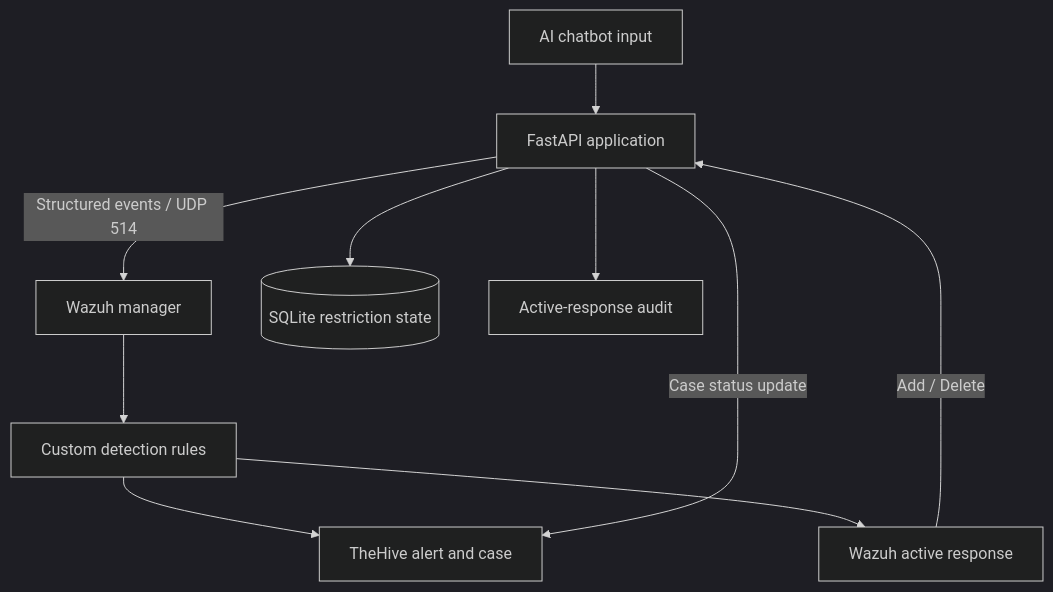
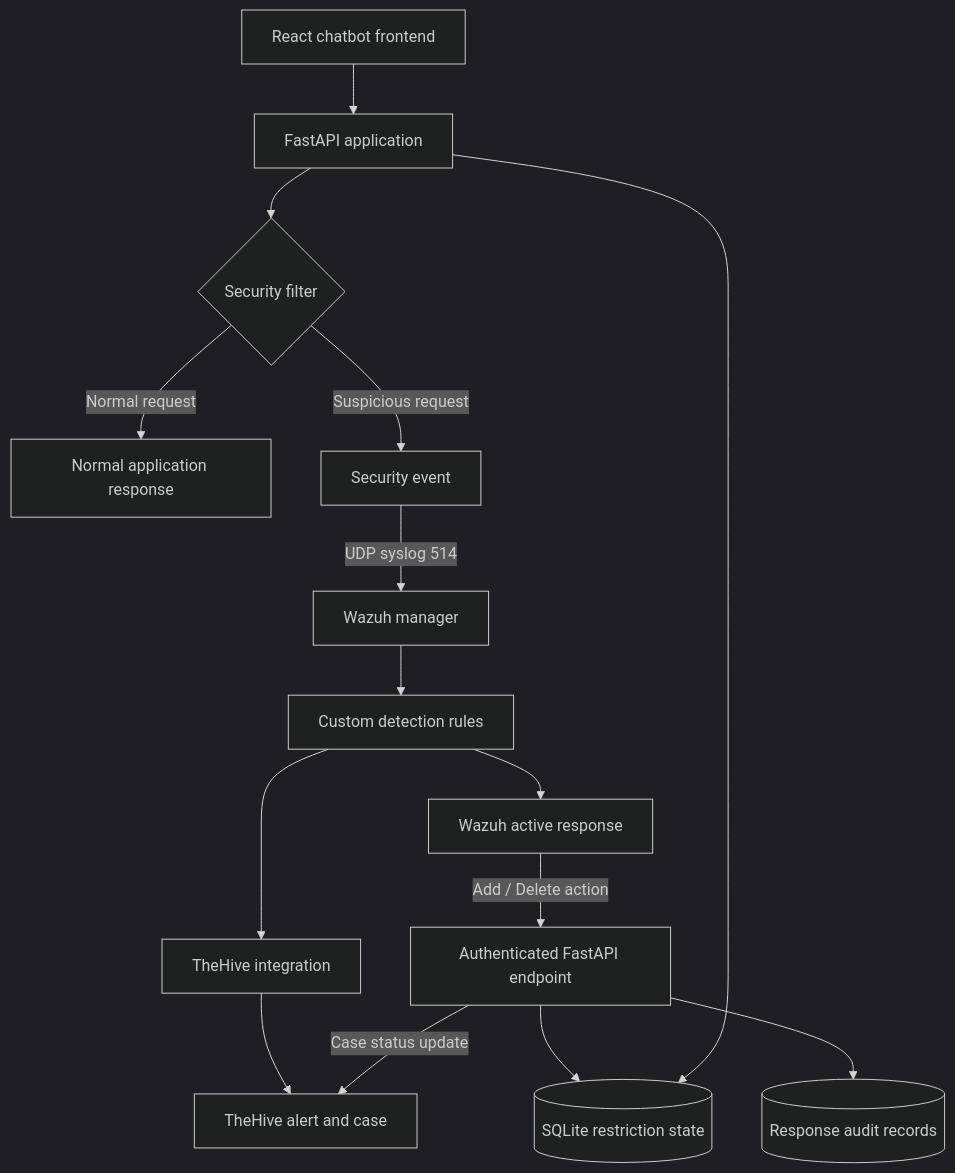
The diagram in README.md (ronishbrh/Wazuh-AI-SOC), drawn with Mermaid (dark theme) before and after one commit. The commit also changed other lines of this file, not shown here.

````diff
--- a/README.md
+++ b/README.md
@@ -18,12 +21,17 @@
 ```mermaid
 flowchart TD
-    A[AI chatbot input] --> B[FastAPI application]
-    B -->|Structured events / UDP 514| C[Wazuh manager]
-    C --> D[Custom detection rules]
-    D --> E[TheHive alert and case]
-    D --> F[Wazuh active response]
-    F -->|Add / Delete| B
-    B --> G[(SQLite restriction state)]
-    B --> H[Active-response audit]
-    B -->|Case status update| E
+    A[React chatbot frontend] --> B[FastAPI application]
+    B --> C{Security filter}
+    C -->|Normal request| D[Normal application response]
+    C -->|Suspicious request| E[Security event]
+    E -->|UDP syslog 514| F[Wazuh manager]
+    F --> G[Custom detection rules]
+    G --> H[TheHive integration]
+    H --> I[TheHive alert and case]
+    G --> J[Wazuh active response]
+    J -->|Add / Delete action| K[Authenticated FastAPI endpoint]
+    K --> L[(SQLite restriction state)]
+    K --> M[(Response audit records)]
+    B --> L
+    K -->|Case status update| I
 ```
````
